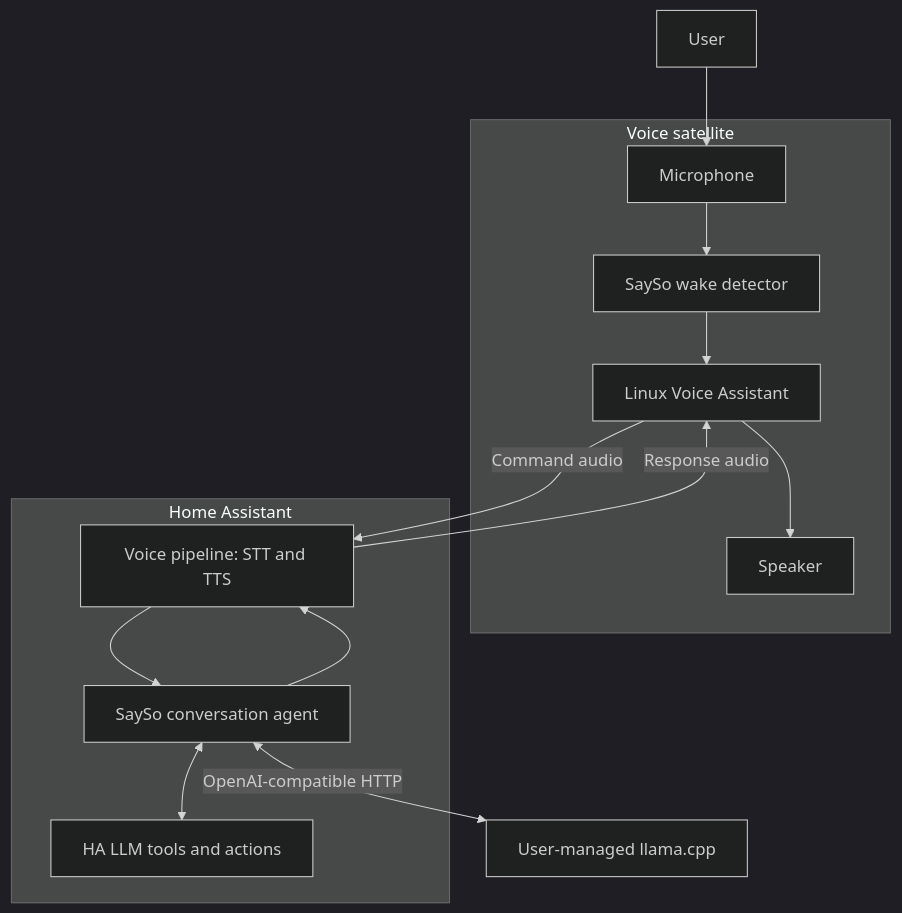
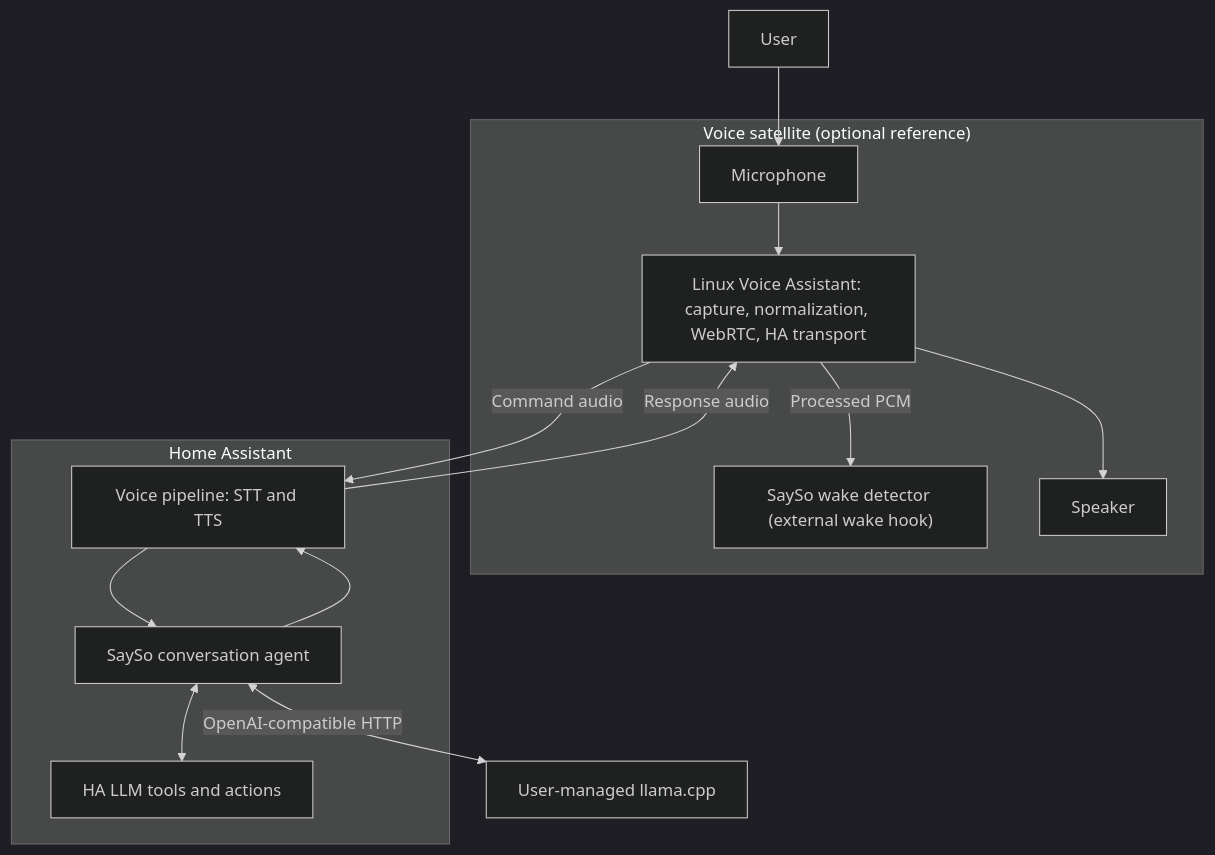
One commit to mossipcams/SaySo changed the diagram in ARCHITECTURE.md. Above: the diagram before and after it, drawn with Mermaid (dark theme). The commit also changed other lines of this file and 38 other files, not shown here.

First line of the commit message:
feat(satellite): detect wake on LVA processed PCM

````diff
--- a/ARCHITECTURE.md
+++ b/ARCHITECTURE.md
@@ -20,24 +21,26 @@
 ```mermaid
 flowchart TD
     User["User"]
-    subgraph Satellite["Voice satellite"]
+    subgraph Satellite["Voice satellite (optional reference)"]
         Mic["Microphone"]
-        Wake["SaySo wake detector"]
-        Transport["Linux Voice Assistant"]
+        LVA["Linux Voice Assistant: capture, normalization, WebRTC, HA transport"]
+        Wake["SaySo wake detector (external wake hook)"]
         Speaker["Speaker"]
-        Mic --> Wake --> Transport --> Speaker
+        Mic --> LVA
+        LVA -->|Processed PCM| Wake
+        LVA --> Speaker
     end
     subgraph HA["Home Assistant"]
         Pipeline["Voice pipeline: STT and TTS"]
         Agent["SaySo conversation agent"]
         Tools["HA LLM tools and actions"]
         Pipeline --> Agent
         Agent <--> Tools
         Agent --> Pipeline
     end
     Model["User-managed llama.cpp"]
     User --> Mic
-    Transport -->|Command audio| Pipeline
-    Pipeline -->|Response audio| Transport
+    LVA -->|Command audio| Pipeline
+    Pipeline -->|Response audio| LVA
     Agent <-->|OpenAI-compatible HTTP| Model
 ```
````
